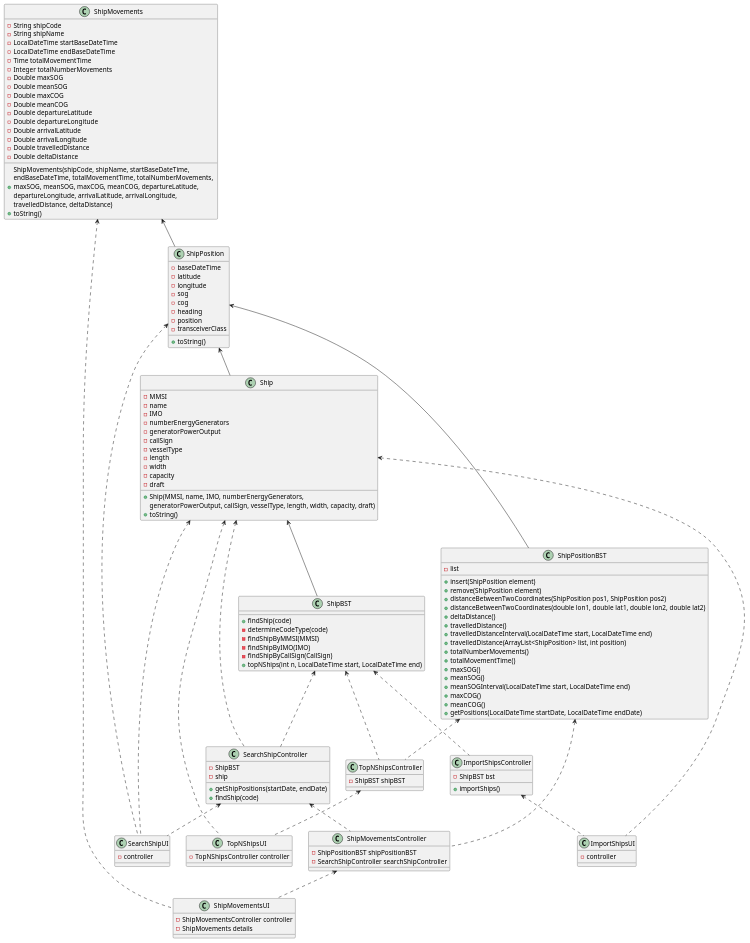
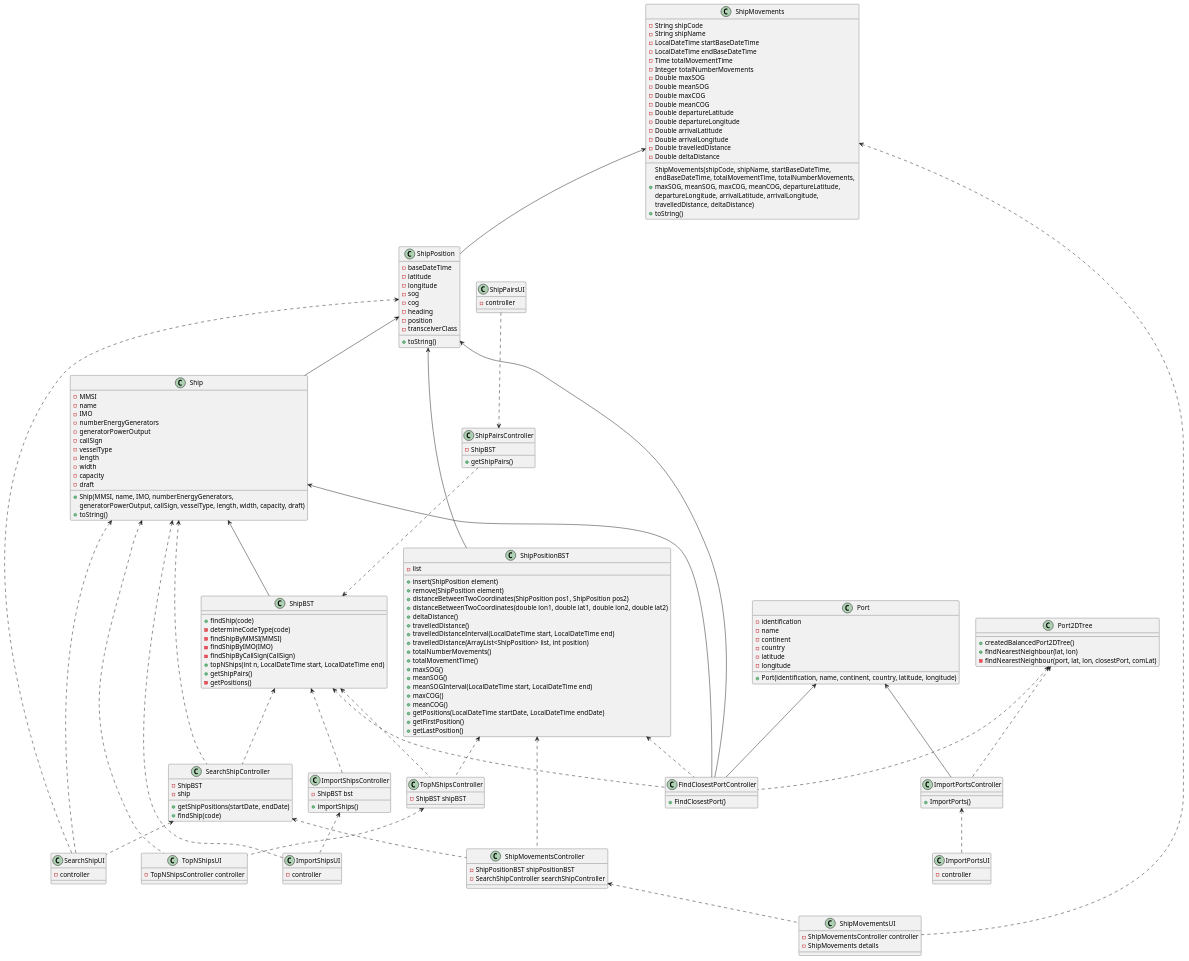
Before and after one commit to 1190772/LAB-Project-3: the diagram in docs/Sprint 2/Class Diagram/CD.puml, drawn with PlantUML. The commit also changed 6 other files, not shown here.

Commit message:
Atualização do Class Diagram.

```diff
--- a/docs/Sprint 2/Class Diagram/CD.puml
+++ b/docs/Sprint 2/Class Diagram/CD.puml
@@ -19,6 +19,8 @@
 - findShipByIMO(IMO)
 - findShipByCallSign(CallSign)
 + topNShips(int n, LocalDateTime start, LocalDateTime end)
++ getShipPairs()
+- getPositions()
 }
 
 class Ship {
@@ -116,8 +118,46 @@
 +maxCOG()
 +meanCOG()
 +getPositions(LocalDateTime startDate, LocalDateTime endDate)
++ getFirstPosition()
++ getLastPosition()
 }
 
+class ShipPairsUI {
+- controller
+}
+
+class ShipPairsController {
+- ShipBST
++ getShipPairs()
+}
+
+class ImportPortsUI {
+- controller
+}
+
+class ImportPortsController {
++ ImportPorts()
+}
+
+class Port {
+- identification
+- name
+- continent
+- country
+- latitude
+- longitude
++ Port(identification, name, continent, country, latitude, longitude)
+}
+
+class Port2DTree {
++ createdBalancedPort2DTree()
++ findNearestNeighbour(lat, lon)
+- findNearestNeighbour(port, lat, lon, closestPort, comLat)
+}
+
+class FindClosestPortController {
++ FindClosestPort()
+}
 
 ImportShipsController <.. ImportShipsUI
 Ship <.. ImportShipsUI
@@ -149,4 +189,19 @@
 ShipPositionBST <.. TopNShipsController
 
 
+ShipPairsUI ..> ShipPairsController
+ShipPairsController ..> ShipBST
+
+
+ImportPortsController <.. ImportPortsUI
+Port2DTree <.. ImportPortsController
+Port <-- ImportPortsController
+
+Port2DTree <.. FindClosestPortController
+ShipBST <.. FindClosestPortController
+ShipPositionBST <.. FindClosestPortController
+Port <-- FindClosestPortController
+ShipPosition <-- FindClosestPortController
+Ship <-- FindClosestPortController
+
 @enduml
```
